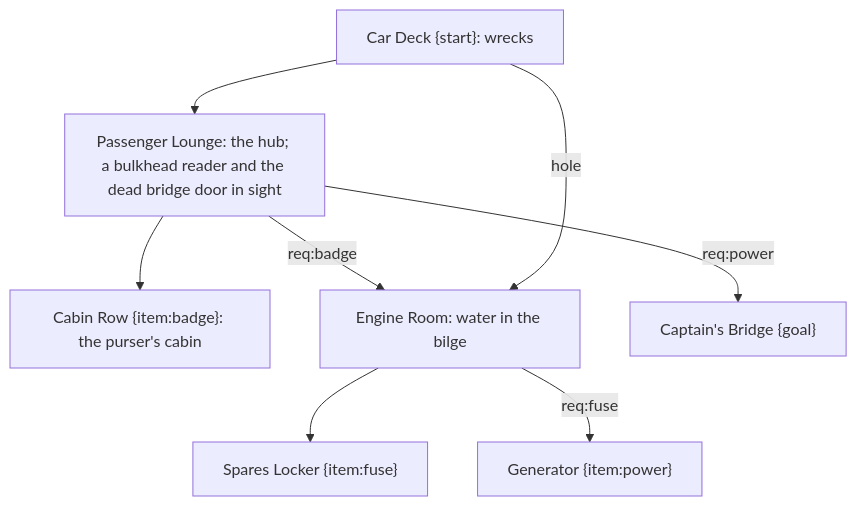
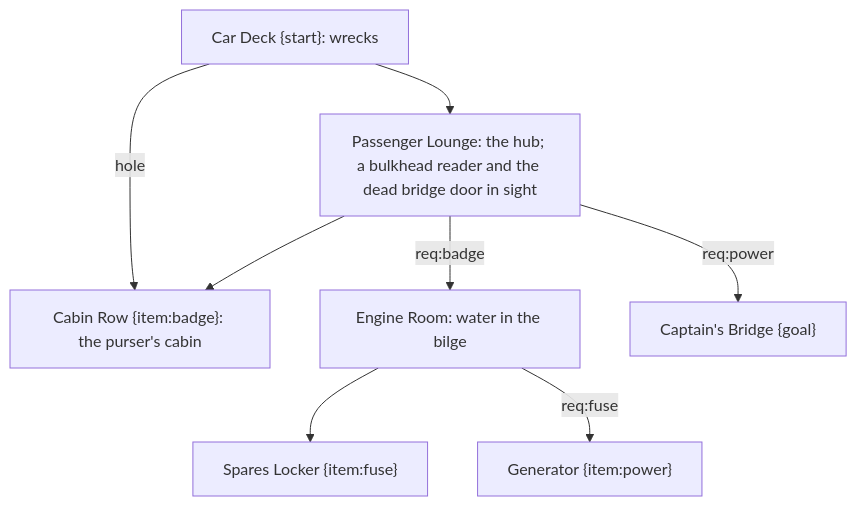
Before and after one commit to grimmylock/agora-vai-action: the diagram in ArtSource/plans/dungeons/stranded_ferry.mmd, drawn with Mermaid. The commit also changed 15 other files, not shown here.

First line of the commit message:
Dungeon redo: the Stranded Ferry (badge -> fuse -> power), quick dungeon check mode, bunker landmark fix

```diff
--- a/ArtSource/plans/dungeons/stranded_ferry.mmd
+++ b/ArtSource/plans/dungeons/stranded_ferry.mmd
@@ -1,11 +1,11 @@
-%% Stranded Ferry (T3, dried lake). Theme: a beached ship with bulkheads. Locks: BADGE (purser's cabin: bulkhead card readers), POWER (the engine room generator; fuse in the spares locker) for the bridge. Loop: a rusted-through hull plate car deck<->engine room.
+%% Stranded Ferry (T3, dried lake). Theme: a beached ship with bulkheads. Locks: BADGE (purser's cabin: bulkhead card readers), POWER (the engine room generator; fuse in the spares locker) for the bridge. Loop: a rusted-through deck plate car deck<->cabin row (2026-11-11: it was car deck<->engine room, which walked round the badge door).
 %% start: Cd
 %% goal: Br
 flowchart TD
   Cd["Car Deck {start}: wrecks"] --> Pl["Passenger Lounge: the hub; a bulkhead reader and the dead bridge door in sight"]
   Pl --> Cb["Cabin Row {item:badge}: the purser's cabin"]
   Pl -->|req:badge| Er["Engine Room: water in the bilge"]
   Er --> Sg["Spares Locker {item:fuse}"]
   Er -->|req:fuse| Gs["Generator {item:power}"]
   Pl -->|req:power| Br["Captain's Bridge {goal}"]
-  Cd -->|hole| Er
+  Cd -->|hole| Cb
```
